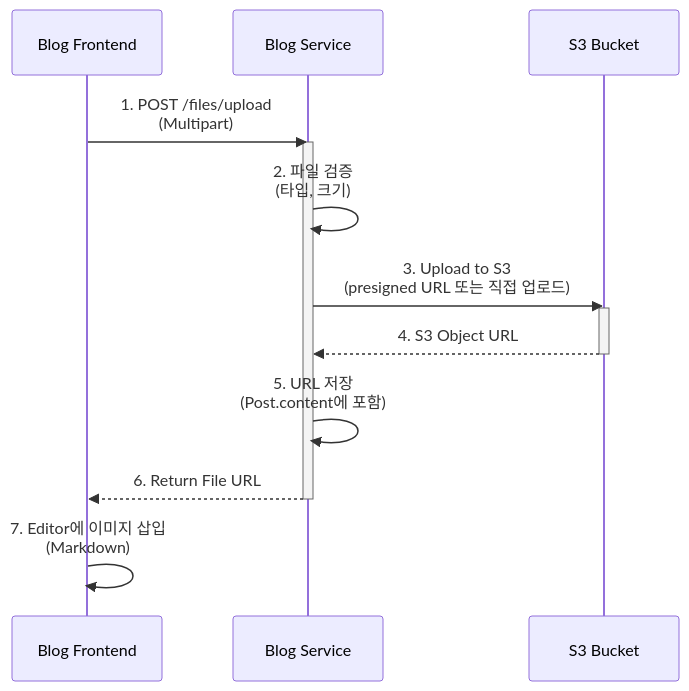
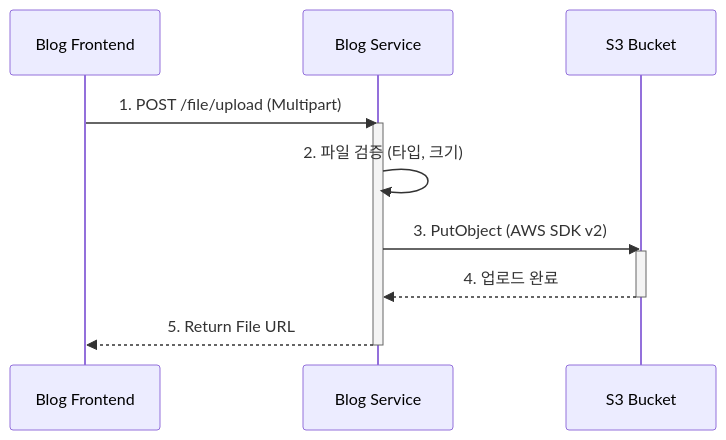
The third of 3 diagrams in docs/architecture/blog-service/system-overview.md (L-a-z-e/portal-universe), drawn with Mermaid before and after one commit. The commit also changed other lines of this file and 1 other file, not shown here.

First line of the commit message:
docs(architecture): rewrite blog-service docs to match actual codebase

````diff
--- a/docs/architecture/blog-service/system-overview.md
+++ b/docs/architecture/blog-service/system-overview.md
@@ -320,18 +429,16 @@
 ```mermaid
 sequenceDiagram
     participant F as Blog Frontend
     participant B as Blog Service
     participant S as S3 Bucket
 
-    F->>B: 1. POST /files/upload<br/>(Multipart)
+    F->>B: 1. POST /file/upload (Multipart)
     activate B
-    B->>B: 2. 파일 검증<br/>(타입, 크기)
-    B->>S: 3. Upload to S3<br/>(presigned URL 또는 직접 업로드)
+    B->>B: 2. 파일 검증 (타입, 크기)
+    B->>S: 3. PutObject (AWS SDK v2)
     activate S
-    S-->>B: 4. S3 Object URL
+    S-->>B: 4. 업로드 완료
     deactivate S
-    B->>B: 5. URL 저장<br/>(Post.content에 포함)
-    B-->>F: 6. Return File URL
+    B-->>F: 5. Return File URL
     deactivate B
-    F->>F: 7. Editor에 이미지 삽입<br/>(Markdown)
 ```
````
